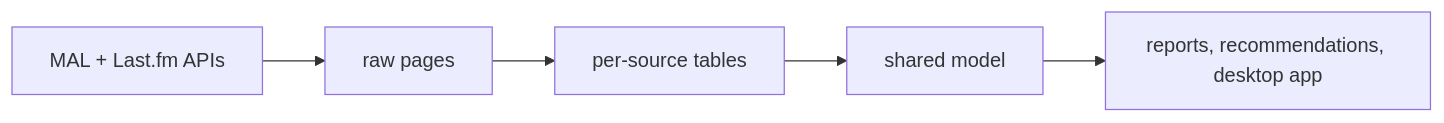
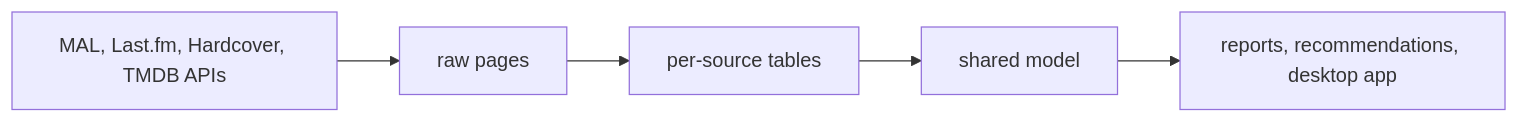
One commit to tootsalot/Taste-Engine changed the diagram in README.md. Above: the diagram before and after it, drawn with Mermaid. The commit also changed other lines of this file and 81 other files, not shown here.

````diff
--- a/README.md
+++ b/README.md
@@ -5,4 +5,4 @@
 ```mermaid
 flowchart LR
-    APIs[MAL + Last.fm APIs] --> Raw[raw pages] --> Staging[per-source tables] --> Core[shared model] --> Out[reports, recommendations, desktop app]
+    APIs[MAL, Last.fm, Hardcover, TMDB APIs] --> Raw[raw pages] --> Staging[per-source tables] --> Core[shared model] --> Out[reports, recommendations, desktop app]
 ```
````
